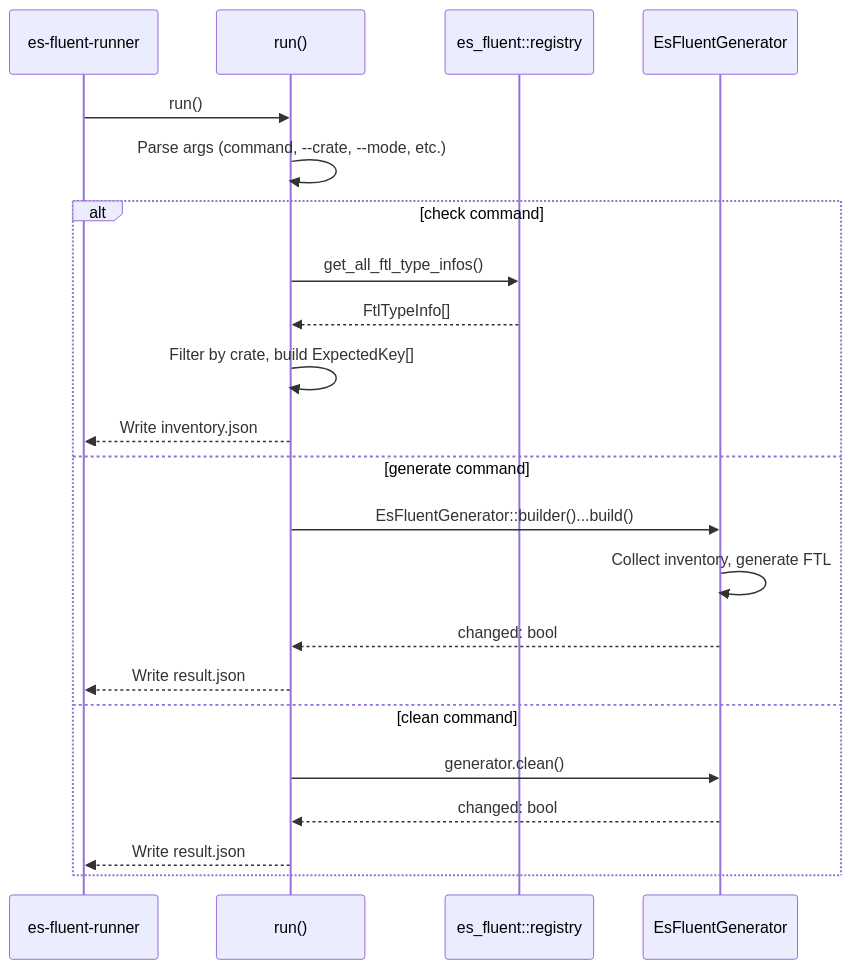
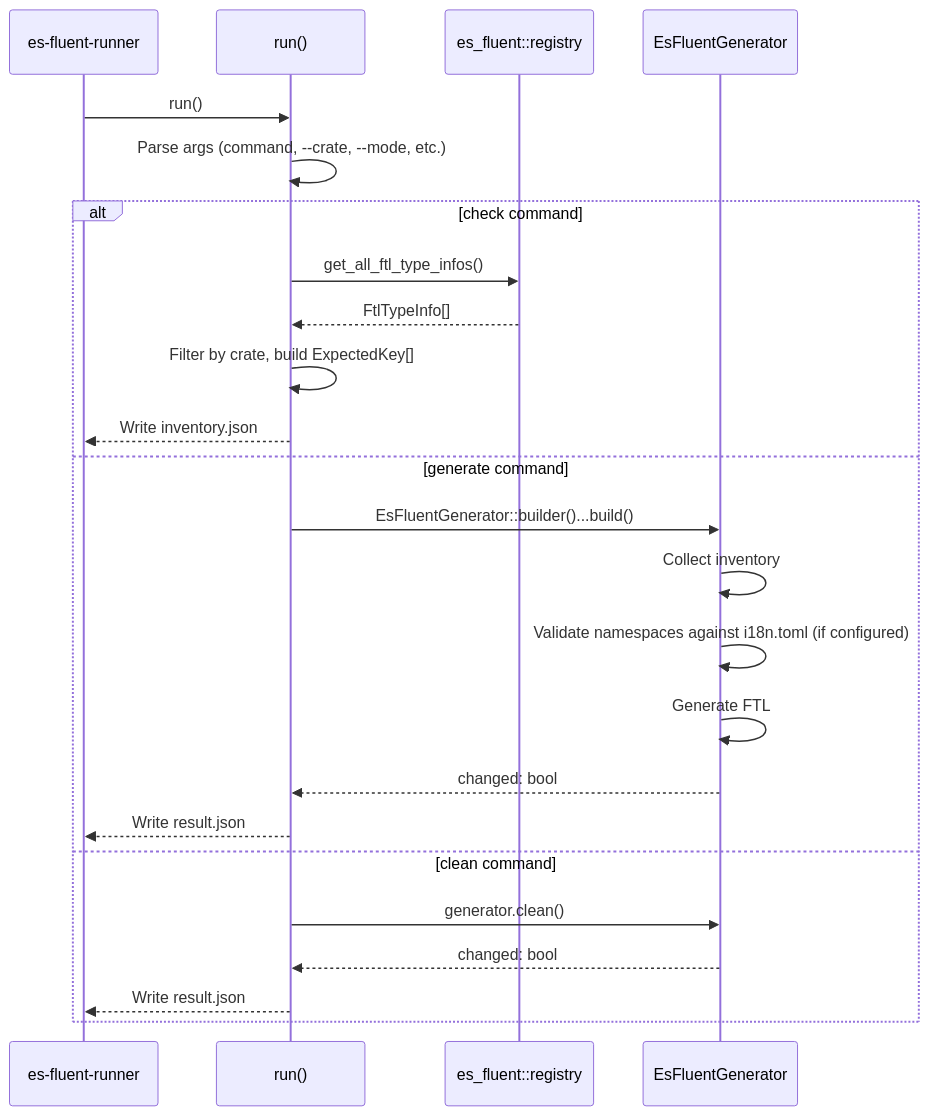
The third of 3 diagrams in crates/es-fluent-cli-helpers/docs/ARCHITECTURE.md (stayhydated/es-fluent), drawn with Mermaid before and after one commit. The commit also changed 47 other files, not shown here.

````diff
--- a/crates/es-fluent-cli-helpers/docs/ARCHITECTURE.md
+++ b/crates/es-fluent-cli-helpers/docs/ARCHITECTURE.md
@@ -72,26 +72,28 @@
 ```mermaid
 sequenceDiagram
     participant Runner as es-fluent-runner
     participant Helpers as run()
     participant Inventory as es_fluent::registry
     participant Generator as EsFluentGenerator
 
     Runner->>Helpers: run()
     Helpers->>Helpers: Parse args (command, --crate, --mode, etc.)
 
     alt check command
         Helpers->>Inventory: get_all_ftl_type_infos()
         Inventory-->>Helpers: FtlTypeInfo[]
         Helpers->>Helpers: Filter by crate, build ExpectedKey[]
         Helpers-->>Runner: Write inventory.json
     else generate command
         Helpers->>Generator: EsFluentGenerator::builder()...build()
-        Generator->>Generator: Collect inventory, generate FTL
+        Generator->>Generator: Collect inventory
+        Generator->>Generator: Validate namespaces against i18n.toml (if configured)
+        Generator->>Generator: Generate FTL
         Generator-->>Helpers: changed: bool
         Helpers-->>Runner: Write result.json
     else clean command
         Helpers->>Generator: generator.clean()
         Generator-->>Helpers: changed: bool
         Helpers-->>Runner: Write result.json
     end
 ```
````
